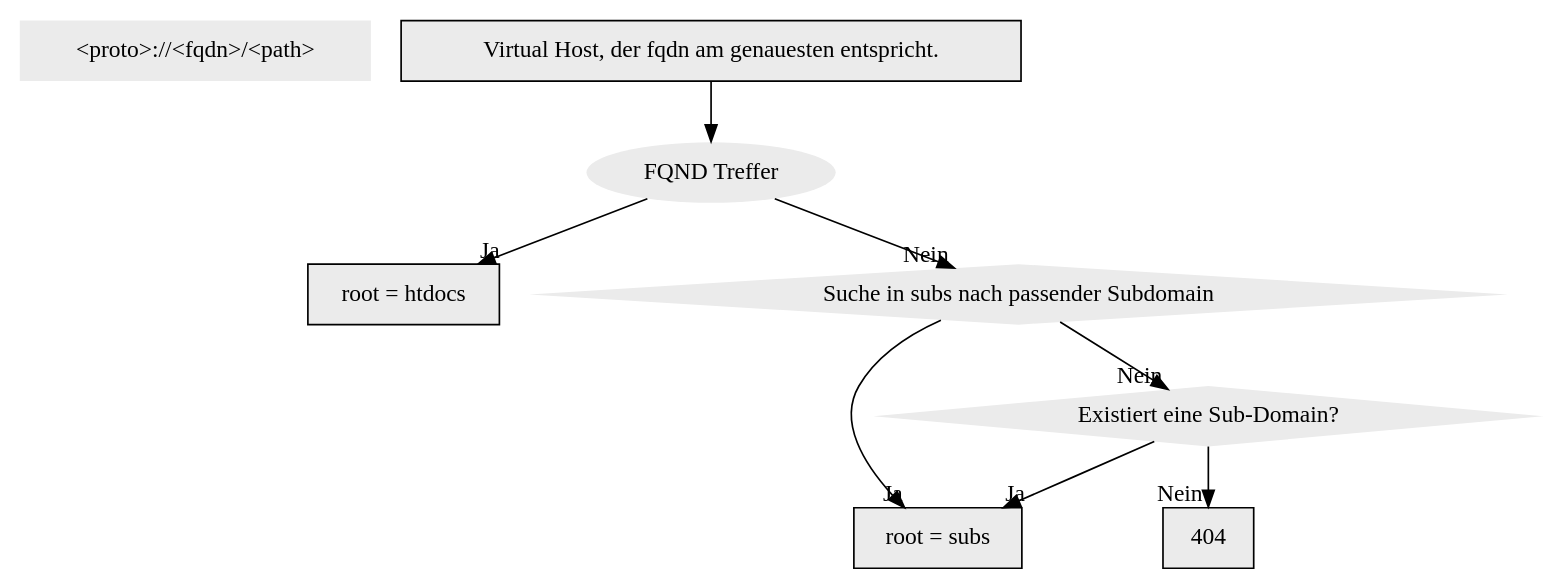
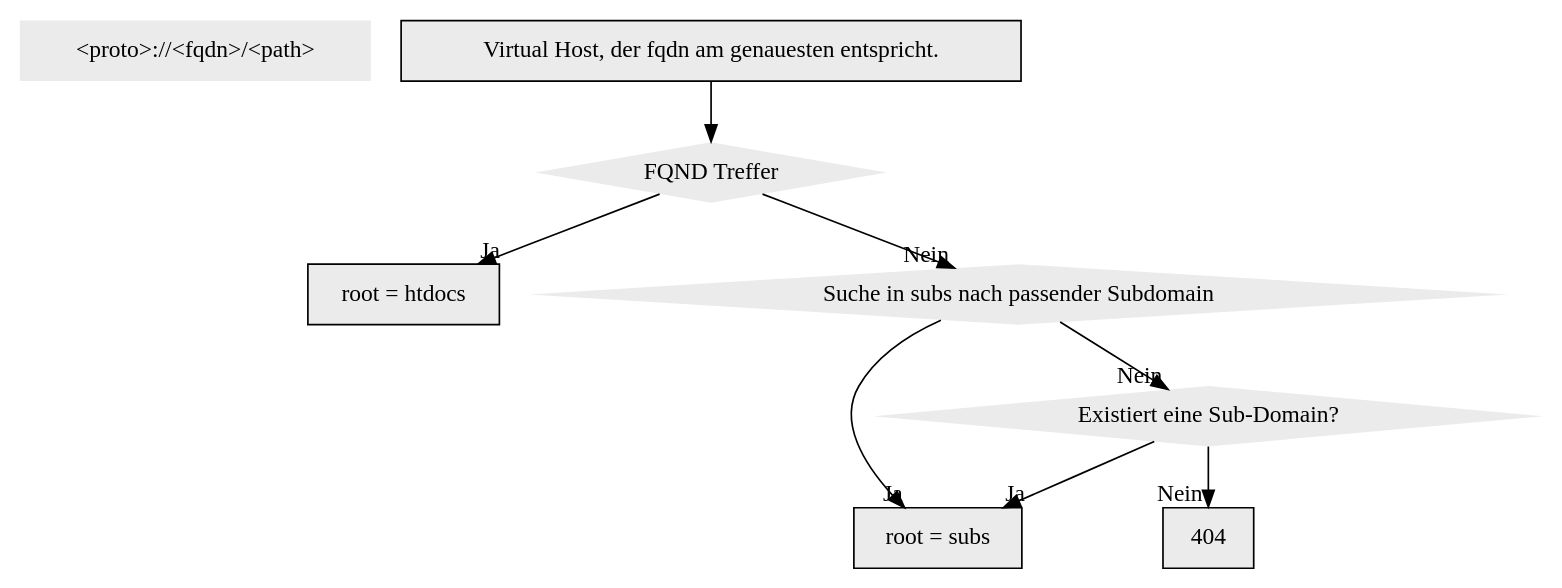
One commit to hostsharing/hs.docs.users changed the diagram in source/administration/domain/filemap-ohne-ssl.dot. Above: the diagram before and after it, drawn with Graphviz.

Commit message:
test syntax

```diff
--- a/source/administration/domain/filemap-ohne-ssl.dot
+++ b/source/administration/domain/filemap-ohne-ssl.dot
@@ -1,22 +1,22 @@
 digraph d  { 
 	node [peripheries=0, style=filled, fillcolor="grey92", font=Helvetica, fontcolor=black]
 
 	enquire_information [shape=box, label="<proto>://<fqdn>/<path>" ]
 
 
     vh_check_fqdn [shape=record, label="Virtual Host, der fqdn am genauesten entspricht."]
-	fqdn_matches [share=diamond, label="FQND Treffer"]
+	fqdn_matches [shape=diamond, label="FQND Treffer"]
 	root_htdocs_ok [shape=record, label="root = htdocs"]
 	root_search_in_subs [shape=diamond, label="Suche in subs nach passender Subdomain"]
     root_subs_ok [shape=record, label="root = subs"]
 	htdocsfallback_subs [shape=diamond, label="Existiert eine Sub-Domain? " ]
 	404 [shape=record, label="404"] 
         
 	vh_check_fqdn -> fqdn_matches
 	fqdn_matches -> root_htdocs_ok [headlabel="Ja"]
 	fqdn_matches -> root_search_in_subs [headlabel="Nein"]
 	root_search_in_subs -> root_subs_ok [headlabel="Ja"]
 	root_search_in_subs -> htdocsfallback_subs [headlabel="Nein"]
 	htdocsfallback_subs -> root_subs_ok [headlabel="Ja"]
 	htdocsfallback_subs -> 404 [headlabel="Nein"]
 }
```
